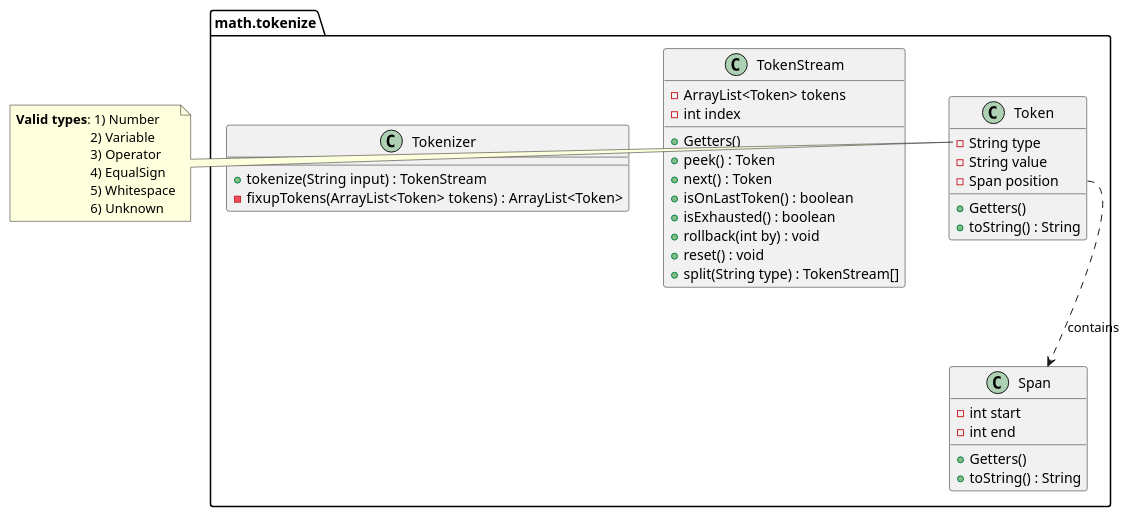
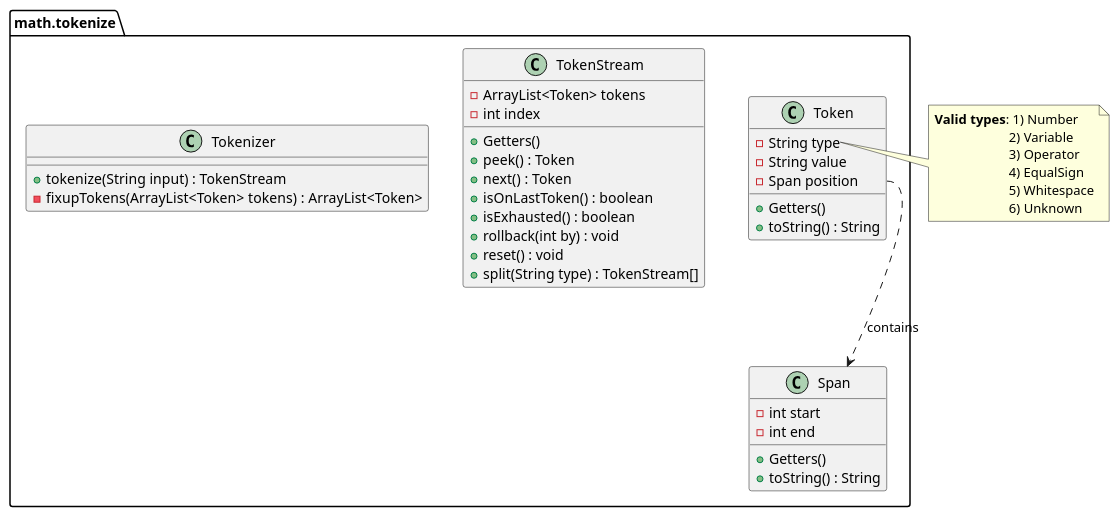
One commit to ichard26/runthenumbers changed the second of 7 diagrams in docs/math.md. Above: the diagram before and after it, drawn with PlantUML. The commit also changed other lines of this file and 6 other files, not shown here.

````diff
--- a/docs/math.md
+++ b/docs/math.md
@@ -173,55 +174,55 @@
-```plantuml
+```{plantuml}
 @startuml
 set separator none
 package math.tokenize {
    class Span
    class Token
    class TokenStream
    class Tokenizer
 }
 
 class Span {
   -int start
   -int end
   +Getters()
   +toString() : String
 }
 
 class Token {
  -String type
  -String value
  -Span position
  +Getters()
  +toString() : String
 }
 
 Token::position ..> Span : contains
-note left of Token::type
+note right of Token::type
   **Valid types**: 1) Number
                         2) Variable
                         3) Operator
                         4) EqualSign
                         5) Whitespace
                         6) Unknown
 end note
 
 class TokenStream {
   -ArrayList<Token> tokens
   -int index
   +Getters()
   +peek() : Token
   +next() : Token
   +isOnLastToken() : boolean
   +isExhausted() : boolean
   +rollback(int by) : void
   +reset() : void
   +split(String type) : TokenStream[]
 }
 
 class Tokenizer {
   +tokenize(String input) : TokenStream
   -fixupTokens(ArrayList<Token> tokens) : ArrayList<Token>
 }
 
 @enduml
 ```
````
